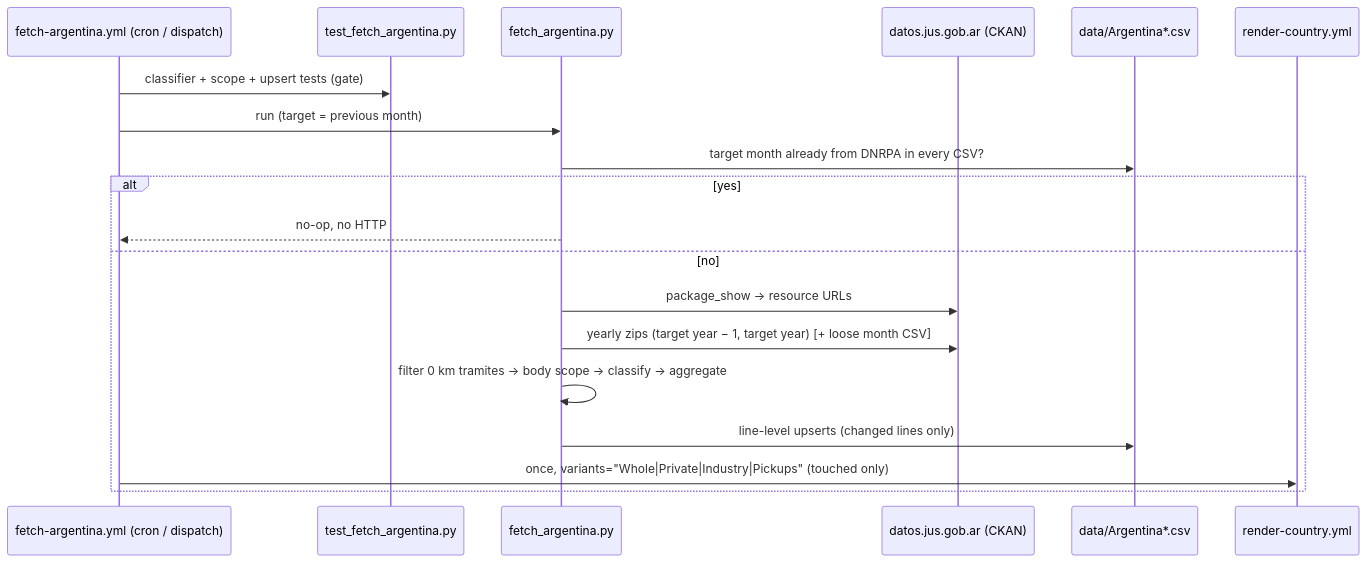
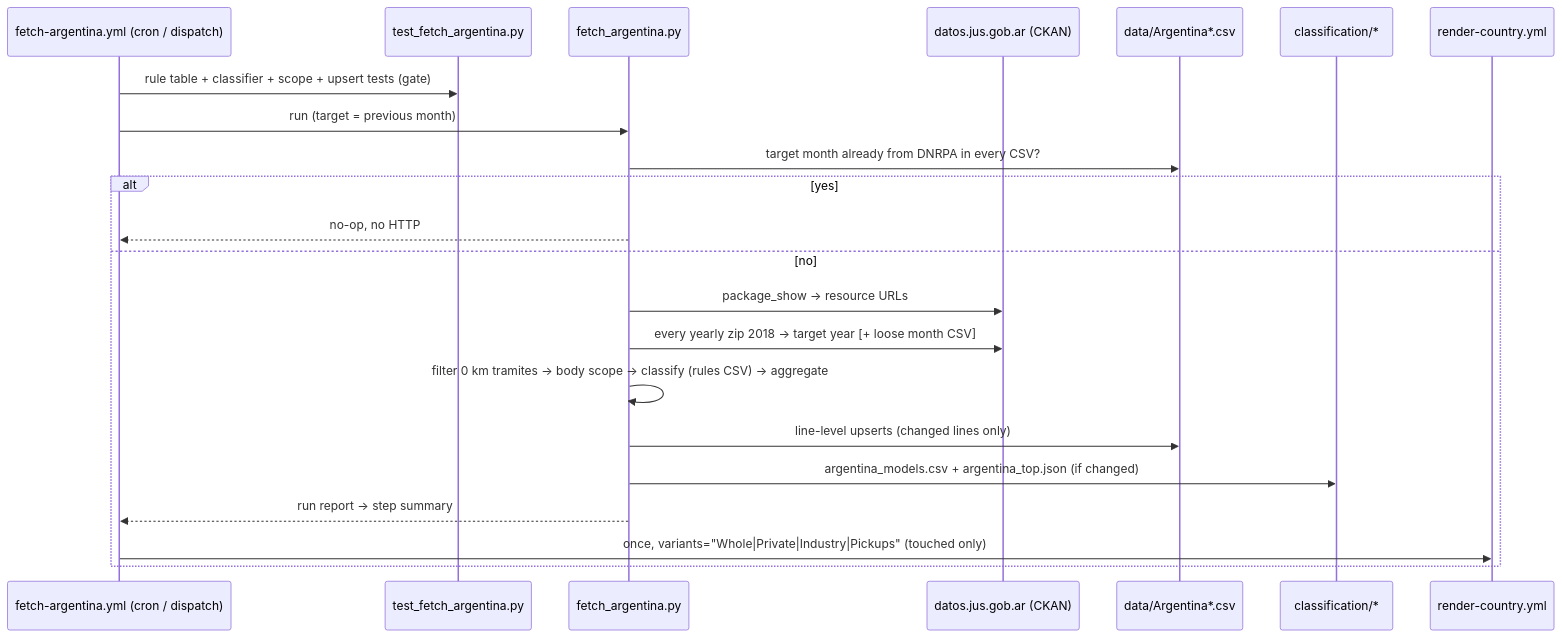
One commit to LeRaffl/LeRaffl-Gallery changed the diagram in docs/architecture/39-source-argentina.md. Above: the diagram before and after it, drawn with Mermaid. The commit also changed other lines of this file and 16 other files, not shown here.

First line of the commit message:
feat(argentina): public, auditable powertrain classification

````diff
--- a/docs/architecture/39-source-argentina.md
+++ b/docs/architecture/39-source-argentina.md
@@ -199,21 +446,24 @@
 ```mermaid
 sequenceDiagram
     participant Cron as fetch-argentina.yml (cron / dispatch)
     participant Test as test_fetch_argentina.py
     participant Py as fetch_argentina.py
     participant CKAN as datos.jus.gob.ar (CKAN)
     participant CSV as data/Argentina*.csv
+    participant Cls as classification/*
     participant Render as render-country.yml
-    Cron->>Test: classifier + scope + upsert tests (gate)
+    Cron->>Test: rule table + classifier + scope + upsert tests (gate)
     Cron->>Py: run (target = previous month)
     Py->>CSV: target month already from DNRPA in every CSV?
     alt yes
         Py-->>Cron: no-op, no HTTP
     else no
         Py->>CKAN: package_show → resource URLs
-        Py->>CKAN: yearly zips (target year − 1, target year) [+ loose month CSV]
-        Py->>Py: filter 0 km tramites → body scope → classify → aggregate
+        Py->>CKAN: every yearly zip 2018 → target year [+ loose month CSV]
+        Py->>Py: filter 0 km tramites → body scope → classify (rules CSV) → aggregate
         Py->>CSV: line-level upserts (changed lines only)
+        Py->>Cls: argentina_models.csv + argentina_top.json (if changed)
+        Py-->>Cron: run report → step summary
         Cron->>Render: once, variants="Whole|Private|Industry|Pickups" (touched only)
     end
 ```
````
